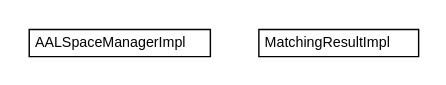
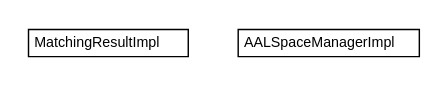
One commit to universAAL/middleware changed the diagram in mw.pom/apidocs/org/universAAL/middleware/managers/aalspace/org.universAAL.middleware.managers.aalspace.dot. Above: the diagram before and after it, drawn with Graphviz. The commit also changed 2589 other files, not shown here.

```diff
--- a/mw.pom/apidocs/org/universAAL/middleware/managers/aalspace/org.universAAL.middleware.managers.aalspace.dot
+++ b/mw.pom/apidocs/org/universAAL/middleware/managers/aalspace/org.universAAL.middleware.managers.aalspace.dot
@@ -1,24 +1,24 @@
 #!/usr/local/bin/dot
 #
 # Class diagram 
 # Generated by UMLGraph version R5_6-24-gf6e263 (http://www.umlgraph.org/)
 #
 
 digraph G {
 	edge [fontname="Helvetica",fontsize=10,labelfontname="Helvetica",labelfontsize=10];
 	node [fontname="Helvetica",fontsize=10,shape=plaintext];
 	nodesep=0.25;
 	ranksep=0.5;
+	// org.universAAL.middleware.managers.aalspace.MatchingResultImpl
+	c34205 [label=<<table title="org.universAAL.middleware.managers.aalspace.MatchingResultImpl" border="0" cellborder="1" cellspacing="0" cellpadding="2" port="p" href="./MatchingResultImpl.html">
+		<tr><td><table border="0" cellspacing="0" cellpadding="1">
+<tr><td align="center" balign="center"> MatchingResultImpl </td></tr>
+		</table></td></tr>
+		</table>>, URL="./MatchingResultImpl.html", fontname="Helvetica", fontcolor="black", fontsize=10.0];
 	// org.universAAL.middleware.managers.aalspace.AALSpaceManagerImpl
-	c34205 [label=<<table title="org.universAAL.middleware.managers.aalspace.AALSpaceManagerImpl" border="0" cellborder="1" cellspacing="0" cellpadding="2" port="p" href="./AALSpaceManagerImpl.html">
+	c34206 [label=<<table title="org.universAAL.middleware.managers.aalspace.AALSpaceManagerImpl" border="0" cellborder="1" cellspacing="0" cellpadding="2" port="p" href="./AALSpaceManagerImpl.html">
 		<tr><td><table border="0" cellspacing="0" cellpadding="1">
 <tr><td align="center" balign="center"> AALSpaceManagerImpl </td></tr>
 		</table></td></tr>
 		</table>>, URL="./AALSpaceManagerImpl.html", fontname="Helvetica", fontcolor="black", fontsize=10.0];
-	// org.universAAL.middleware.managers.aalspace.MatchingResultImpl
-	c34206 [label=<<table title="org.universAAL.middleware.managers.aalspace.MatchingResultImpl" border="0" cellborder="1" cellspacing="0" cellpadding="2" port="p" href="./MatchingResultImpl.html">
-		<tr><td><table border="0" cellspacing="0" cellpadding="1">
-<tr><td align="center" balign="center"> MatchingResultImpl </td></tr>
-		</table></td></tr>
-		</table>>, URL="./MatchingResultImpl.html", fontname="Helvetica", fontcolor="black", fontsize=10.0];
 }
```
